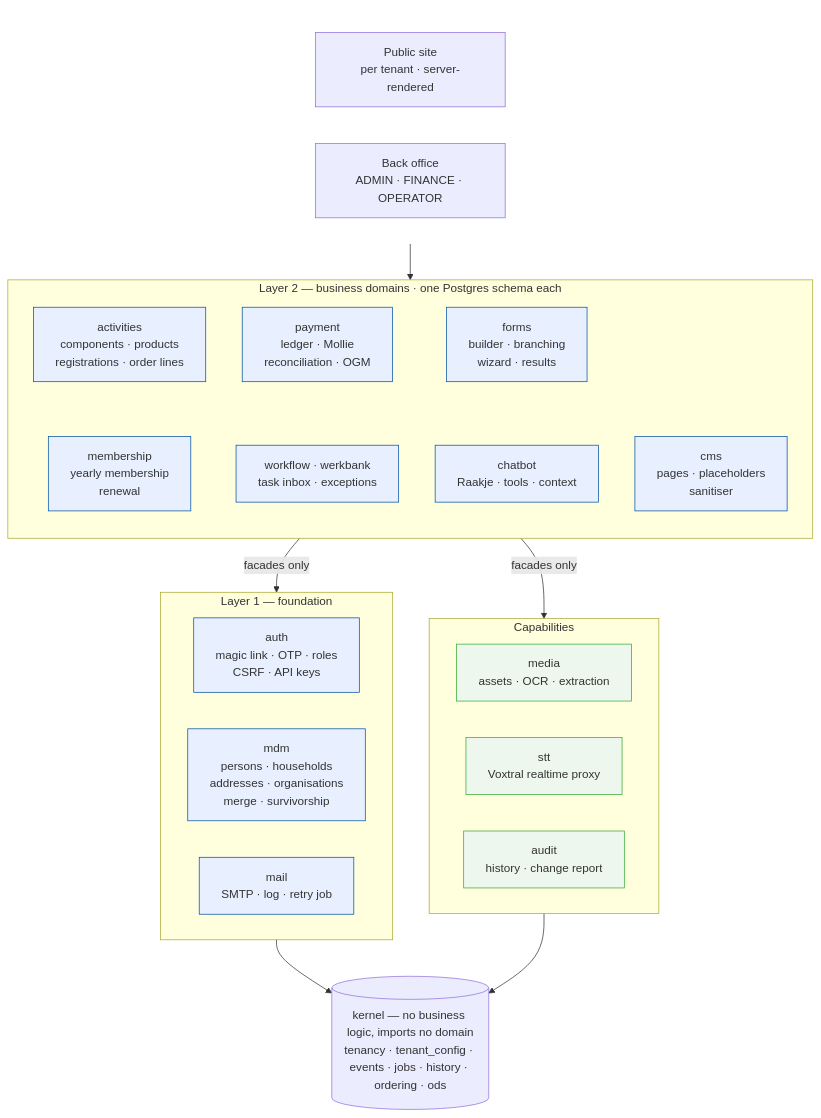
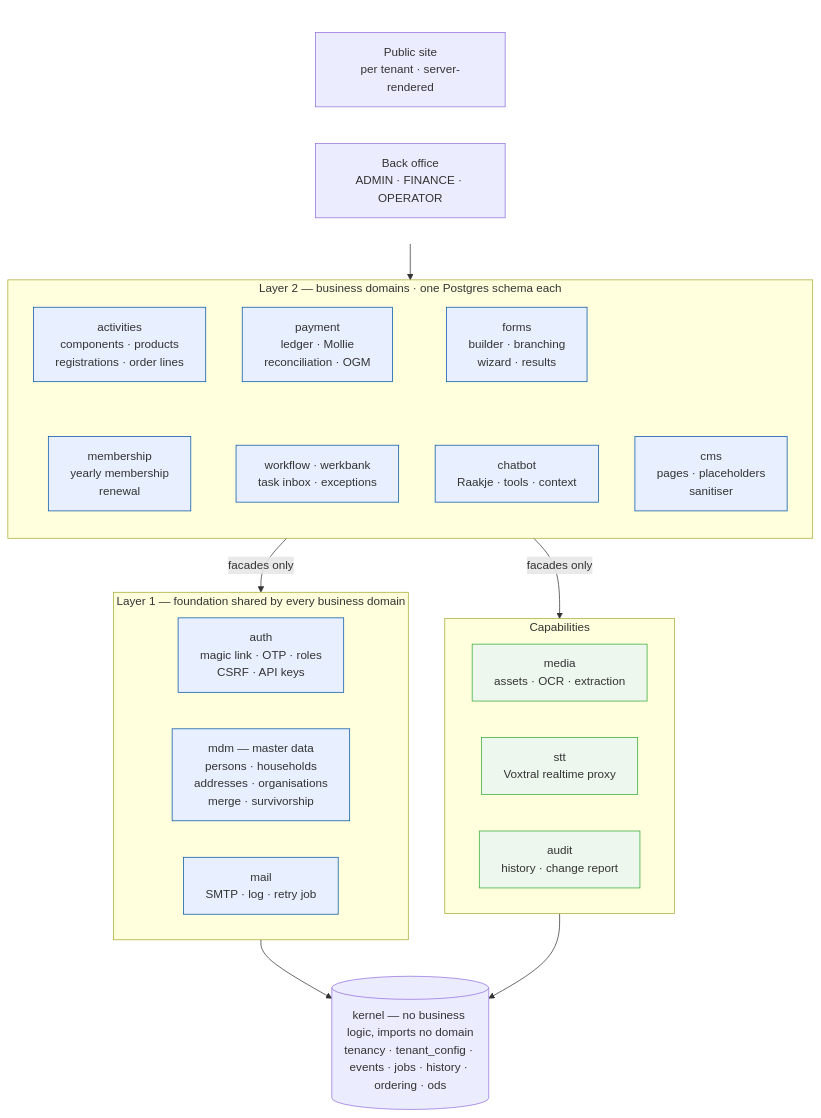
One commit to KoenRenders/KoenTest changed the second of 14 diagrams in docs/architecture.md. Above: the diagram before and after it, drawn with Mermaid. The commit also changed other lines of this file and 4 other files, not shown here.

First line of the commit message:
docs(architecture): wrap file paths in the evidence index, label master data as foundation

````diff
--- a/docs/architecture.md
+++ b/docs/architecture.md
@@ -114,42 +114,42 @@
 ```mermaid
 flowchart TB
   subgraph USERS[" "]
     direction LR
     PUB["Public site<br/>per tenant · server-rendered"]
     ADM["Back office<br/>ADMIN · FINANCE · OPERATOR"]
   end
   subgraph L2["Layer 2 — business domains · one Postgres schema each"]
     direction TB
     ACT["activities<br/>components · products<br/>registrations · order lines"]:::c
     PAY["payment<br/>ledger · Mollie<br/>reconciliation · OGM"]:::c
     FORM["forms<br/>builder · branching<br/>wizard · results"]:::c
     CMS["cms<br/>pages · placeholders<br/>sanitiser"]:::c
     MEM["membership<br/>yearly membership<br/>renewal"]:::c
     WB["workflow · werkbank<br/>task inbox · exceptions"]:::c
     CHAT["chatbot<br/>Raakje · tools · context"]:::c
     ACT ~~~ MEM
     PAY ~~~ WB
     FORM ~~~ CHAT
   end
-  subgraph L1["Layer 1 — foundation"]
+  subgraph L1["Layer 1 — foundation shared by every business domain"]
     direction LR
     AUTH["auth<br/>magic link · OTP · roles<br/>CSRF · API keys"]:::c
-    MDM["mdm<br/>persons · households<br/>addresses · organisations<br/>merge · survivorship"]:::c
+    MDM["mdm — master data<br/>persons · households<br/>addresses · organisations<br/>merge · survivorship"]:::c
     MAIL["mail<br/>SMTP · log · retry job"]:::c
   end
   subgraph CAP["Capabilities"]
     direction LR
     MEDIA["media<br/>assets · OCR · extraction"]:::x
     STT["stt<br/>Voxtral realtime proxy"]:::x
     AUD["audit<br/>history · change report"]:::x
   end
   K[("kernel — no business logic, imports no domain<br/>tenancy · tenant_config · events · jobs · history · ordering · ods")]
   USERS --> L2
   L2 -->|facades only| L1
   L2 -->|facades only| CAP
   L1 --> K
   CAP --> K
   classDef c fill:#e8f0ff,stroke:#0051a4;
   classDef x fill:#eef7ee,stroke:#3a3;
   style USERS fill:#ffffff,stroke:#ffffff
 ```
````
